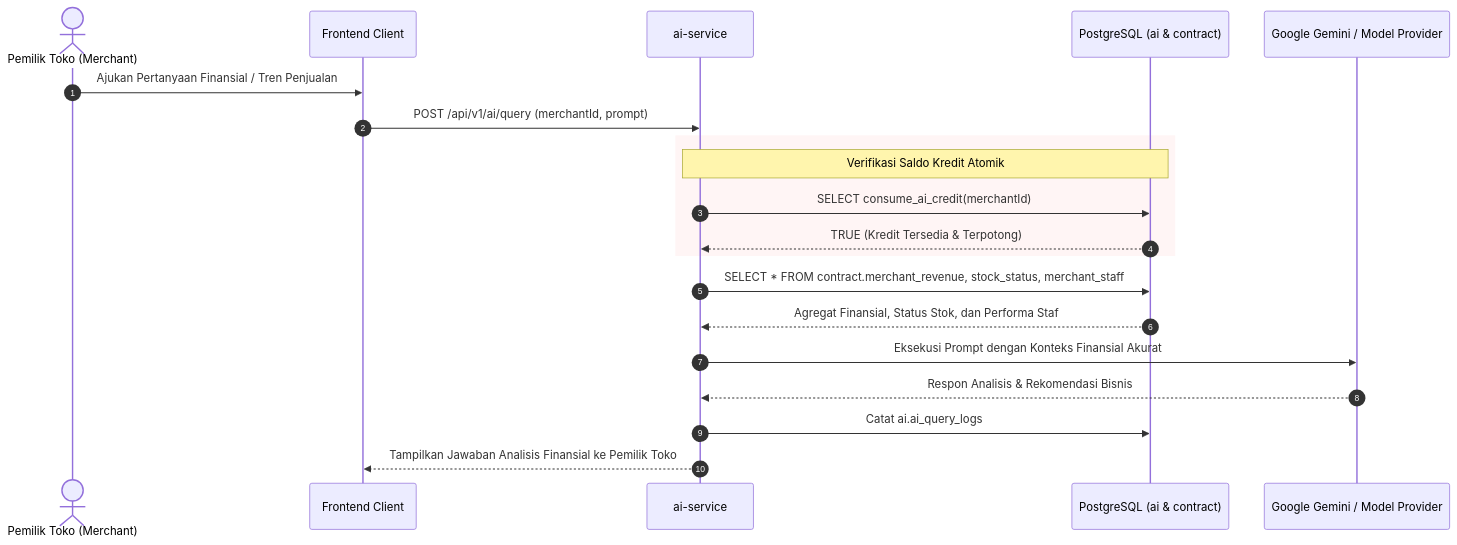
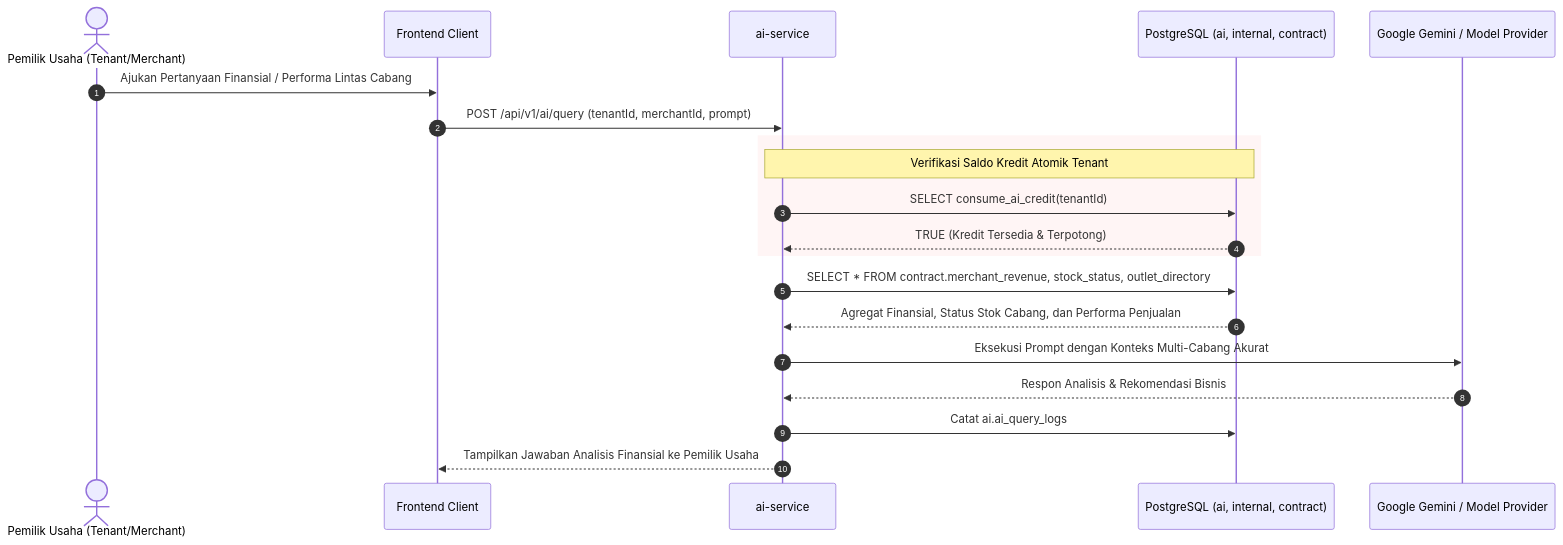
The third of 3 diagrams in Dokumentasi.md (slaks37/kasir-newhope), drawn with Mermaid before and after one commit. The commit also changed other lines of this file and 3 other files, not shown here.

Commit message:
feat(hierarchy): implement Model B enterprise hierarchy (Tenant -> Merchant -> Outlet) with multi-unit RBAC and cross-domain contract views

````diff
--- a/Dokumentasi.md
+++ b/Dokumentasi.md
@@ -163,27 +193,27 @@
 ```mermaid
 sequenceDiagram
     autonumber
-    actor Owner as Pemilik Toko (Merchant)
+    actor Owner as Pemilik Usaha (Tenant/Merchant)
     participant FE as Frontend Client
     participant AI as ai-service
-    participant DB as PostgreSQL (ai & contract)
+    participant DB as PostgreSQL (ai, internal, contract)
     participant LLM as Google Gemini / Model Provider
 
-    Owner->>FE: Ajukan Pertanyaan Finansial / Tren Penjualan
-    FE->>AI: POST /api/v1/ai/query (merchantId, prompt)
+    Owner->>FE: Ajukan Pertanyaan Finansial / Performa Lintas Cabang
+    FE->>AI: POST /api/v1/ai/query (tenantId, merchantId, prompt)
     
     rect rgb(255, 245, 245)
-        Note over AI, DB: Verifikasi Saldo Kredit Atomik
-        AI->>DB: SELECT consume_ai_credit(merchantId)
+        Note over AI, DB: Verifikasi Saldo Kredit Atomik Tenant
+        AI->>DB: SELECT consume_ai_credit(tenantId)
         DB-->>AI: TRUE (Kredit Tersedia & Terpotong)
     end
 
-    AI->>DB: SELECT * FROM contract.merchant_revenue, stock_status, merchant_staff
-    DB-->>AI: Agregat Finansial, Status Stok, dan Performa Staf
+    AI->>DB: SELECT * FROM contract.merchant_revenue, stock_status, outlet_directory
+    DB-->>AI: Agregat Finansial, Status Stok Cabang, dan Performa Penjualan
     
-    AI->>LLM: Eksekusi Prompt dengan Konteks Finansial Akurat
+    AI->>LLM: Eksekusi Prompt dengan Konteks Multi-Cabang Akurat
     LLM-->>AI: Respon Analisis & Rekomendasi Bisnis
     
     AI->>DB: Catat ai.ai_query_logs
-    AI-->>FE: Tampilkan Jawaban Analisis Finansial ke Pemilik Toko
+    AI-->>FE: Tampilkan Jawaban Analisis Finansial ke Pemilik Usaha
 ```
````
